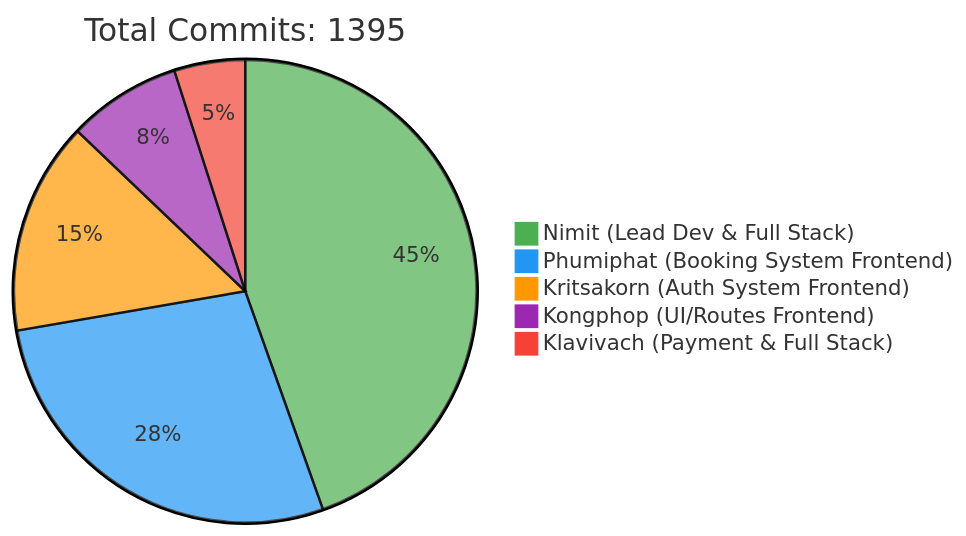
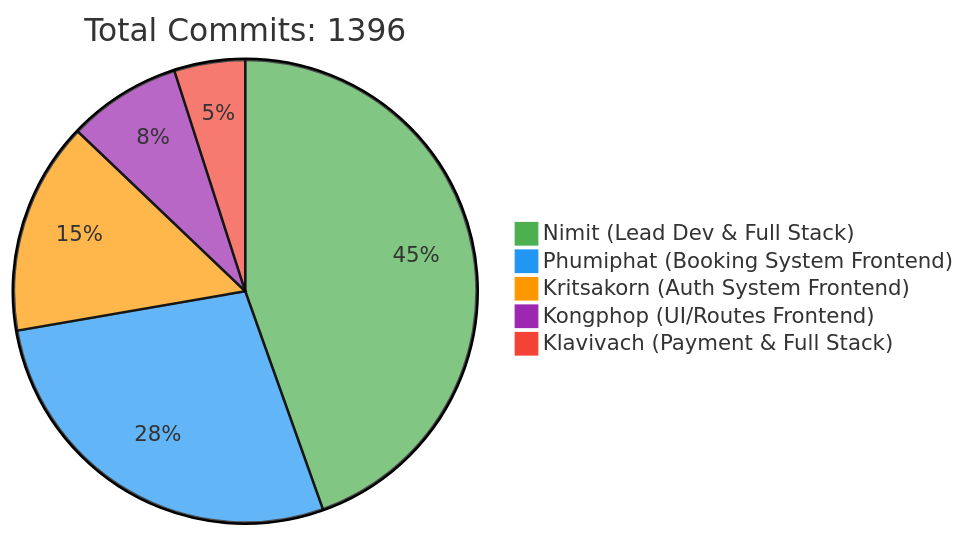
The first of 2 diagrams in README.md (6531503042/Sport-Complex), drawn with Mermaid before and after one commit. The commit also changed other lines of this file, not shown here.

Commit message:
docs: Update contributor statistics [skip ci]

````diff
--- a/README.md
+++ b/README.md
@@ -257,10 +257,10 @@
 ```mermaid
 %%{init: {'theme': 'base', 'themeVariables': { 'pie1': '#4CAF50', 'pie2': '#2196F3', 'pie3': '#FF9800', 'pie4': '#9C27B0', 'pie5': '#F44336'}}}%%
 pie
-    title Total Commits: 1395
+    title Total Commits: 1396
     "Nimit (Lead Dev & Full Stack)" : 450
     "Phumiphat (Booking System Frontend)" : 280
     "Kritsakorn (Auth System Frontend)" : 150
     "Kongphop (UI/Routes Frontend)" : 80
     "Klavivach (Payment & Full Stack)" : 50
 ```
````
